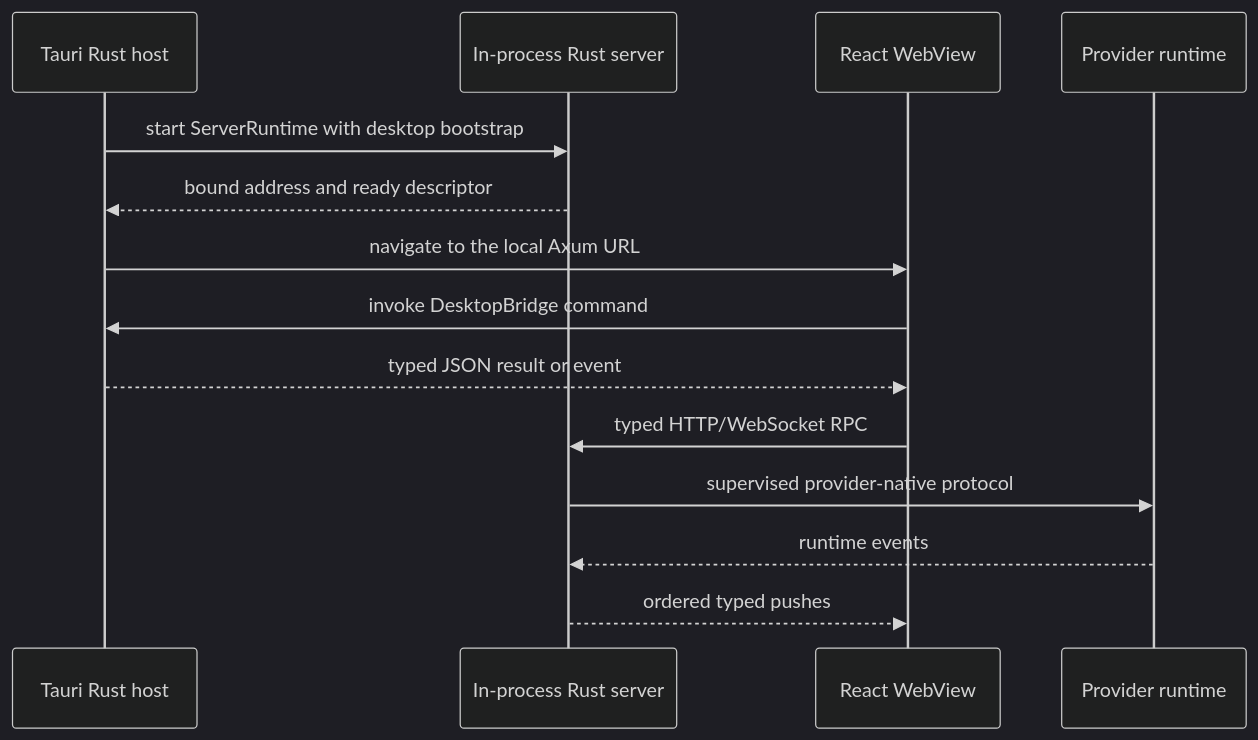
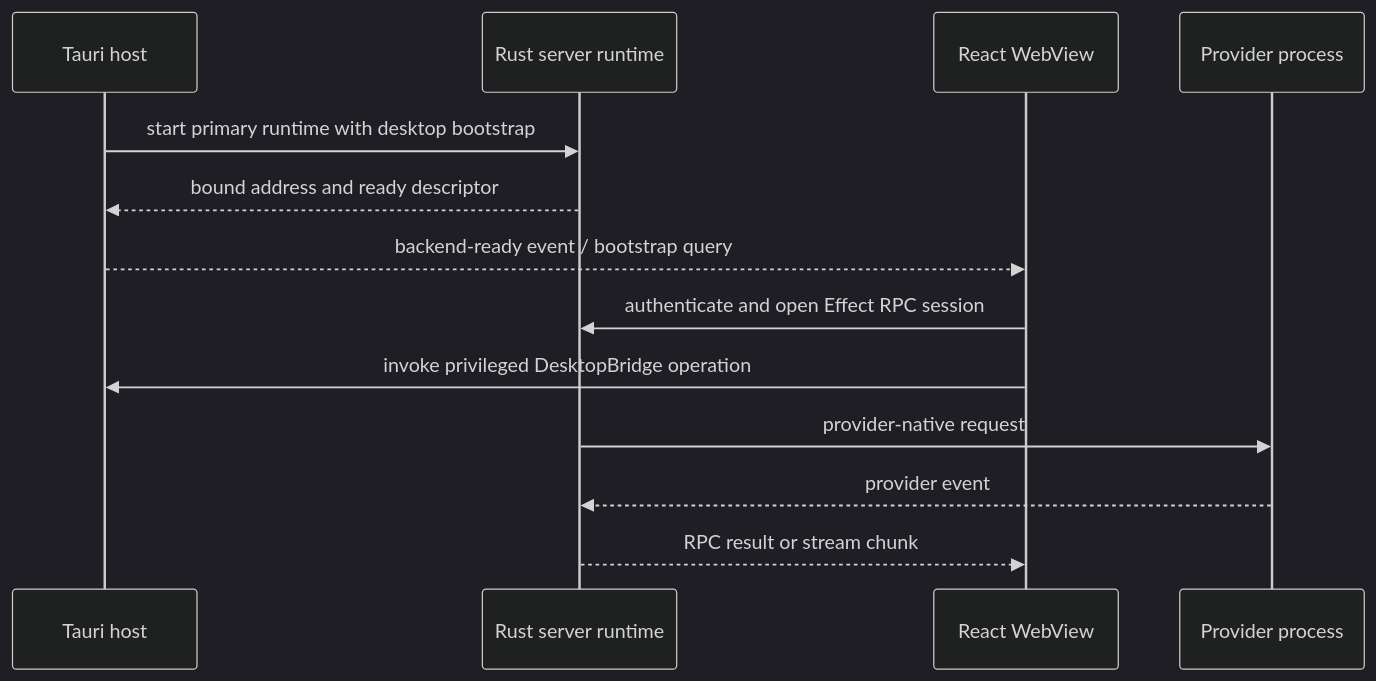
One commit to mubeda/BibCode changed the second of 2 diagrams in docs/architecture/overview.md. Above: the diagram before and after it, drawn with Mermaid (dark theme). The commit also changed other lines of this file and 37 other files, not shown here.

Commit message:
docs: align documentation with Rust and Tauri runtime

````diff
--- a/docs/architecture/overview.md
+++ b/docs/architecture/overview.md
@@ -54,17 +57,16 @@
 ```mermaid
 sequenceDiagram
-    participant Host as Tauri Rust host
-    participant Server as In-process Rust server
-    participant WebView as React WebView
-    participant Provider as Provider runtime
+  participant Host as Tauri host
+  participant Server as Rust server runtime
+  participant UI as React WebView
+  participant Provider as Provider process
 
-    Host->>Server: start ServerRuntime with desktop bootstrap
-    Server-->>Host: bound address and ready descriptor
-    Host->>WebView: navigate to the local Axum URL
-    WebView->>Host: invoke DesktopBridge command
-    Host-->>WebView: typed JSON result or event
-    WebView->>Server: typed HTTP/WebSocket RPC
-    Server->>Provider: supervised provider-native protocol
-    Provider-->>Server: runtime events
-    Server-->>WebView: ordered typed pushes
+  Host->>Server: start primary runtime with desktop bootstrap
+  Server-->>Host: bound address and ready descriptor
+  Host-->>UI: backend-ready event / bootstrap query
+  UI->>Server: authenticate and open Effect RPC session
+  UI->>Host: invoke privileged DesktopBridge operation
+  Server->>Provider: provider-native request
+  Provider-->>Server: provider event
+  Server-->>UI: RPC result or stream chunk
 ```
````
